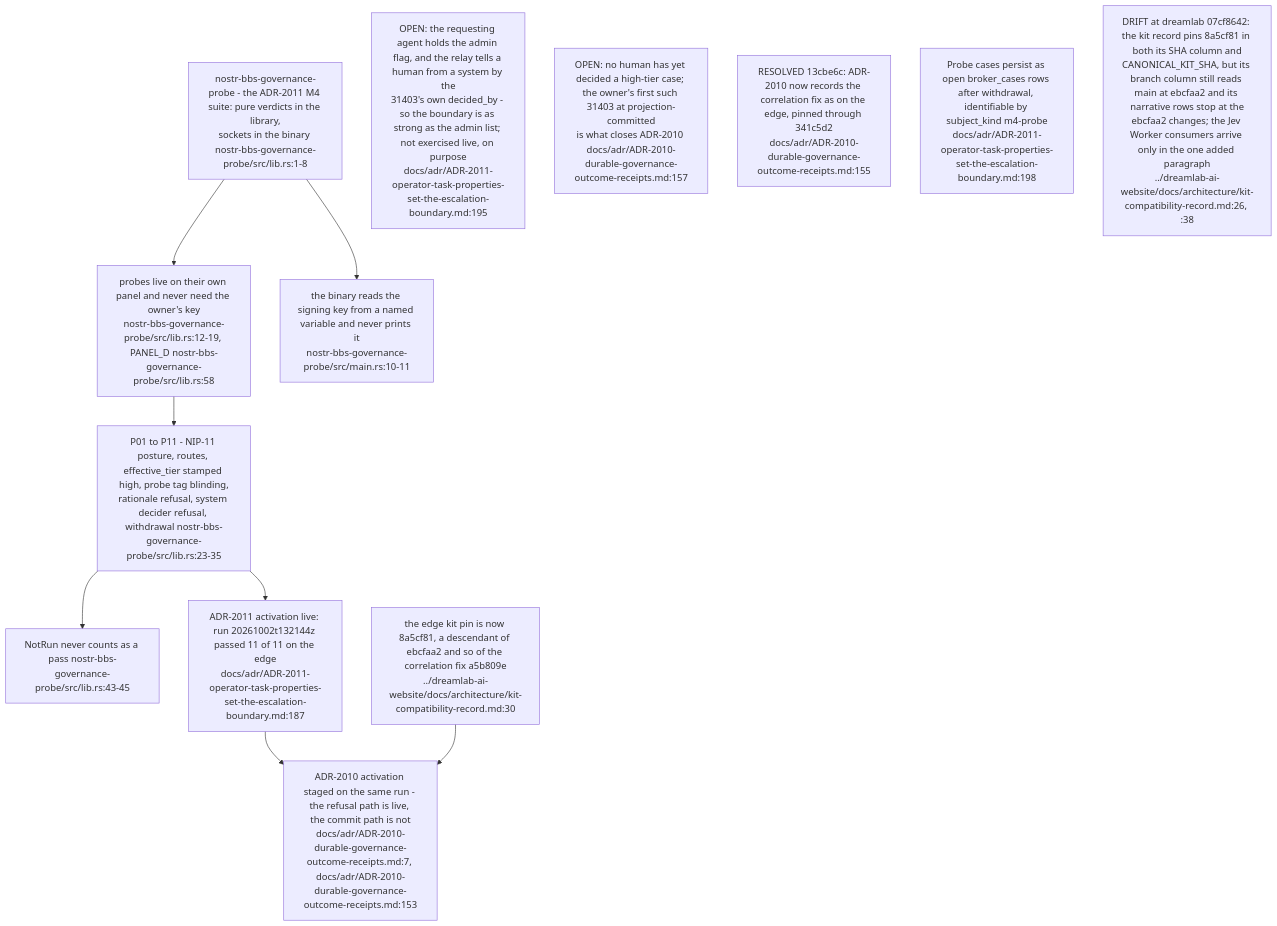
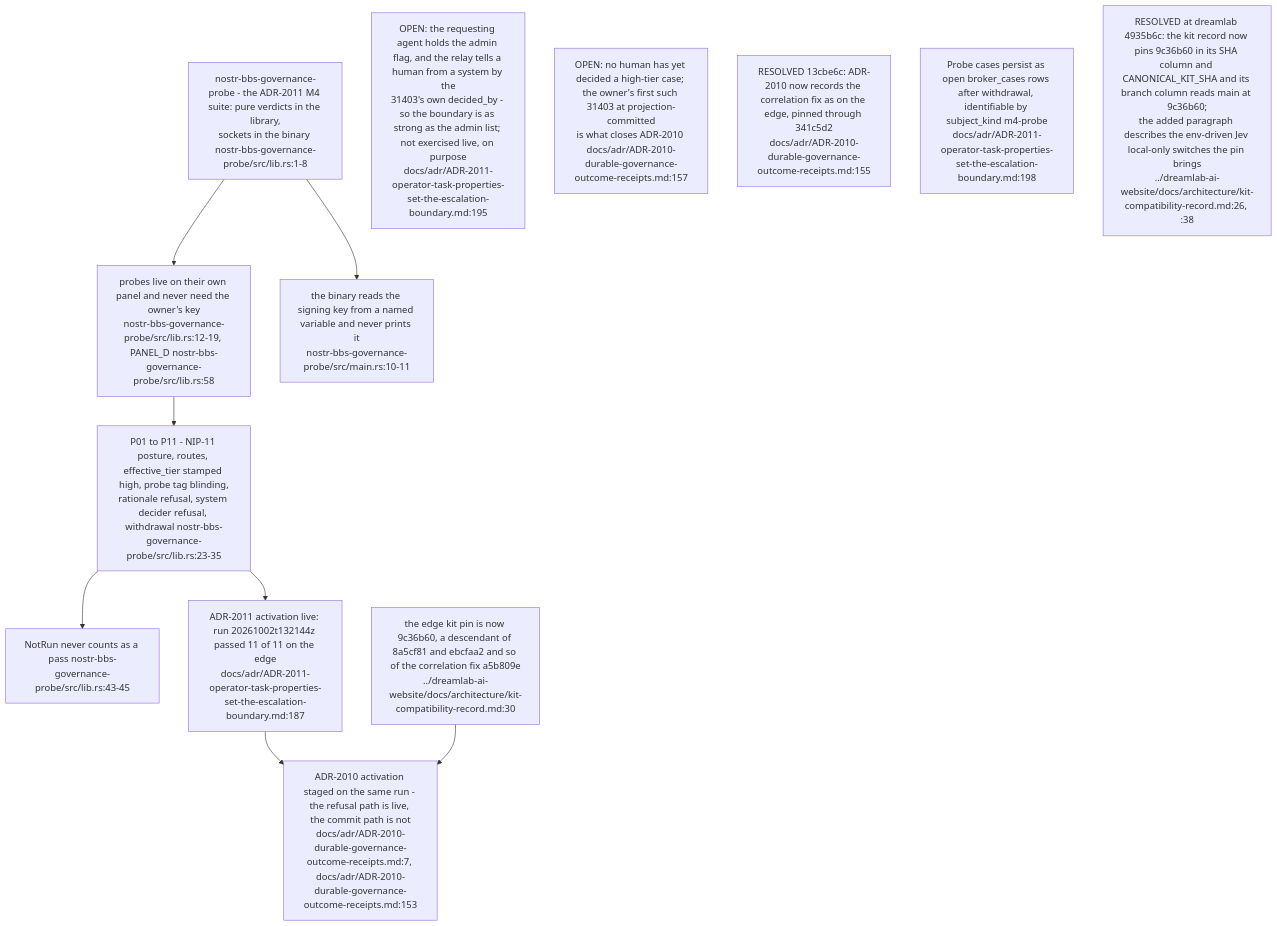
Before and after one commit to DreamLab-AI/VisionFlow: diagram 16 of 17 in docs/diagrams/nostr-rust-forum/06-agent-control-surface-31400-31405.md, drawn with Mermaid. The commit also changed other lines of this file and 142 other files, not shown here.

First line of the commit message:
docs(diagrams): one System One route; re-verify 140 topics at today's heads

````diff
--- a/docs/diagrams/nostr-rust-forum/06-agent-control-surface-31400-31405.md
+++ b/docs/diagrams/nostr-rust-forum/06-agent-control-surface-31400-31405.md
@@ -452,22 +452,22 @@
 ```mermaid
 flowchart TB
     SUITE["nostr-bbs-governance-probe - the ADR-2011 M4 suite: pure verdicts in the library,<br/>sockets in the binary nostr-bbs-governance-probe/src/lib.rs:1-8"]
     OWN["probes live on their own panel and never need the owner's key<br/>nostr-bbs-governance-probe/src/lib.rs:12-19, PANEL_D nostr-bbs-governance-probe/src/lib.rs:58"]
     TABLE["P01 to P11 - NIP-11 posture, routes, effective_tier stamped high, probe tag blinding,<br/>rationale refusal, system decider refusal, withdrawal nostr-bbs-governance-probe/src/lib.rs:23-35"]
     NOTRUN["NotRun never counts as a pass nostr-bbs-governance-probe/src/lib.rs:43-45"]
     BIN["the binary reads the signing key from a named variable and never prints it<br/>nostr-bbs-governance-probe/src/main.rs:10-11"]
     LIVE["ADR-2011 activation live: run 20261002t132144z passed 11 of 11 on the edge<br/>docs/adr/ADR-2011-operator-task-properties-set-the-escalation-boundary.md:187"]
     REC["ADR-2010 activation staged on the same run - the refusal path is live, the commit path is not<br/>docs/adr/ADR-2010-durable-governance-outcome-receipts.md:7, docs/adr/ADR-2010-durable-governance-outcome-receipts.md:153"]
-    PIN["the edge kit pin is now 8a5cf81, a descendant of ebcfaa2 and so of the correlation fix a5b809e<br/>../dreamlab-ai-website/docs/architecture/kit-compatibility-record.md:30"]
+    PIN["the edge kit pin is now 9c36b60, a descendant of 8a5cf81 and ebcfaa2 and so of the correlation fix a5b809e<br/>../dreamlab-ai-website/docs/architecture/kit-compatibility-record.md:30"]
 
     SUITE --> OWN --> TABLE --> NOTRUN
     SUITE --> BIN
     TABLE --> LIVE --> REC
     PIN --> REC
 
     N1["OPEN: the requesting agent holds the admin flag, and the relay tells a human from a system by the<br/>31403's own decided_by - so the boundary is as strong as the admin list; not exercised live, on purpose<br/>docs/adr/ADR-2011-operator-task-properties-set-the-escalation-boundary.md:195"]
     N2["OPEN: no human has yet decided a high-tier case; the owner's first such 31403 at projection-committed<br/>is what closes ADR-2010 docs/adr/ADR-2010-durable-governance-outcome-receipts.md:157"]
     N3["RESOLVED 13cbe6c: ADR-2010 now records the correlation fix as on the edge, pinned through 341c5d2<br/>docs/adr/ADR-2010-durable-governance-outcome-receipts.md:155"]
     N4["Probe cases persist as open broker_cases rows after withdrawal, identifiable by subject_kind m4-probe<br/>docs/adr/ADR-2011-operator-task-properties-set-the-escalation-boundary.md:198"]
-    N5["DRIFT at dreamlab 07cf8642: the kit record pins 8a5cf81 in both its SHA column and<br/>CANONICAL_KIT_SHA, but its branch column still reads main at ebcfaa2 and its narrative rows stop at the<br/>ebcfaa2 changes; the Jev Worker consumers arrive only in the one added paragraph<br/>../dreamlab-ai-website/docs/architecture/kit-compatibility-record.md:26, :38"]
+    N5["RESOLVED at dreamlab 4935b6c: the kit record now pins 9c36b60 in its SHA column and CANONICAL_KIT_SHA and its branch column reads main at 9c36b60;<br/>the added paragraph describes the env-driven Jev local-only switches the pin brings<br/>../dreamlab-ai-website/docs/architecture/kit-compatibility-record.md:26, :38"]
 ```
````
